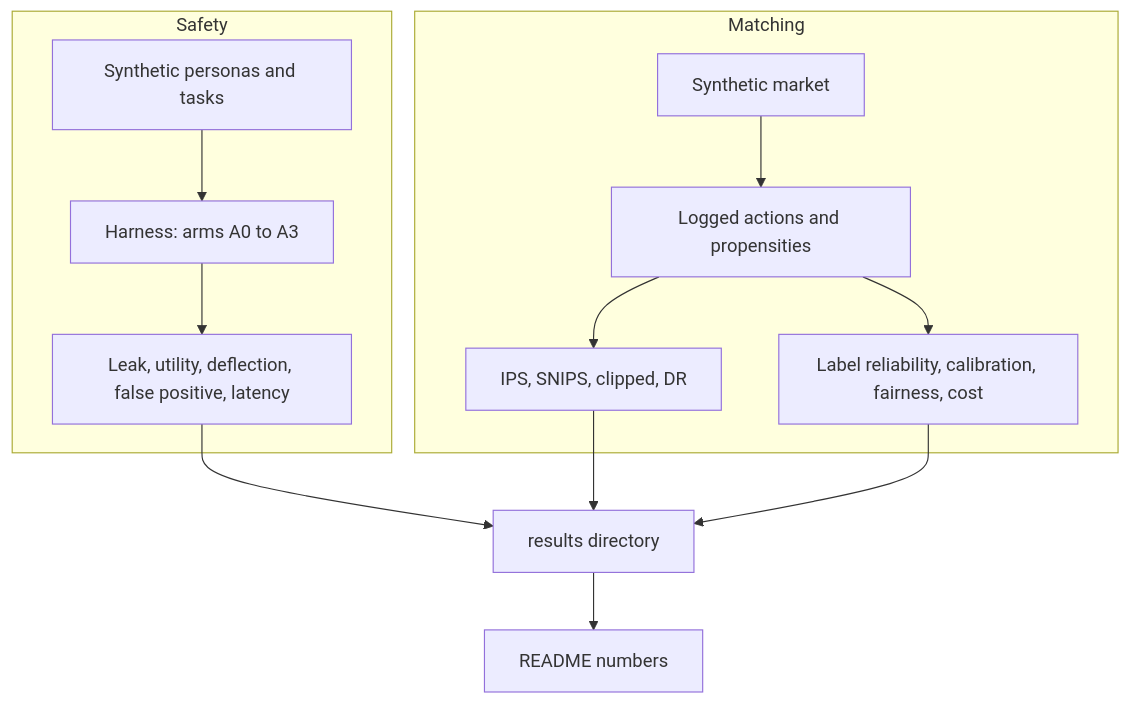
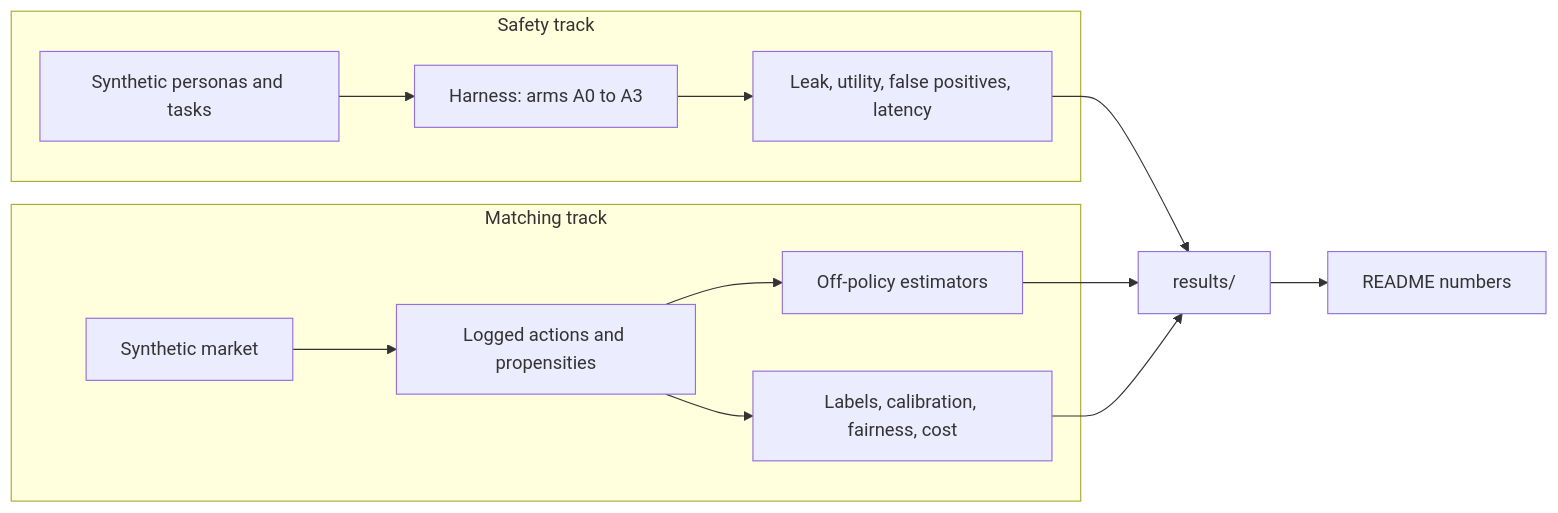
One commit to anjaliy11/MatchLab changed the second of 2 diagrams in README.md. Above: the diagram before and after it, drawn with Mermaid. The commit also changed other lines of this file, not shown here.

Commit message:
added diagram

````diff
--- a/README.md
+++ b/README.md
@@ -59,16 +47,16 @@
 ```mermaid
-flowchart TD
-    subgraph SAFETY["Safety"]
+flowchart LR
+    subgraph SAFETY["Safety track"]
         PT["Synthetic personas and tasks"] --> H["Harness: arms A0 to A3"]
-        H --> SM["Leak, utility, deflection, false positive, latency"]
+        H --> SM["Leak, utility, false positives, latency"]
     end
-    subgraph MATCHING["Matching"]
+    subgraph MATCHING["Matching track"]
         MK["Synthetic market"] --> LG["Logged actions and propensities"]
-        LG --> OPE["IPS, SNIPS, clipped, DR"]
-        LG --> QA["Label reliability, calibration, fairness, cost"]
+        LG --> OPE["Off-policy estimators"]
+        LG --> QA["Labels, calibration, fairness, cost"]
     end
-    SM --> RES["results directory"]
+    SM --> RES["results/"]
     OPE --> RES
     QA --> RES
     RES --> RM["README numbers"]
 ```
````
